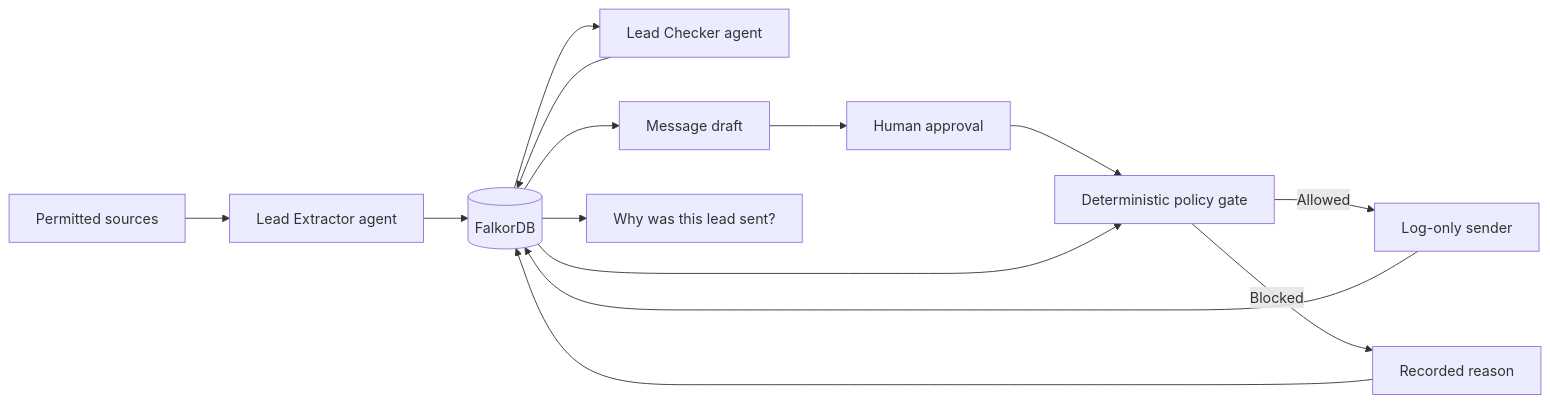
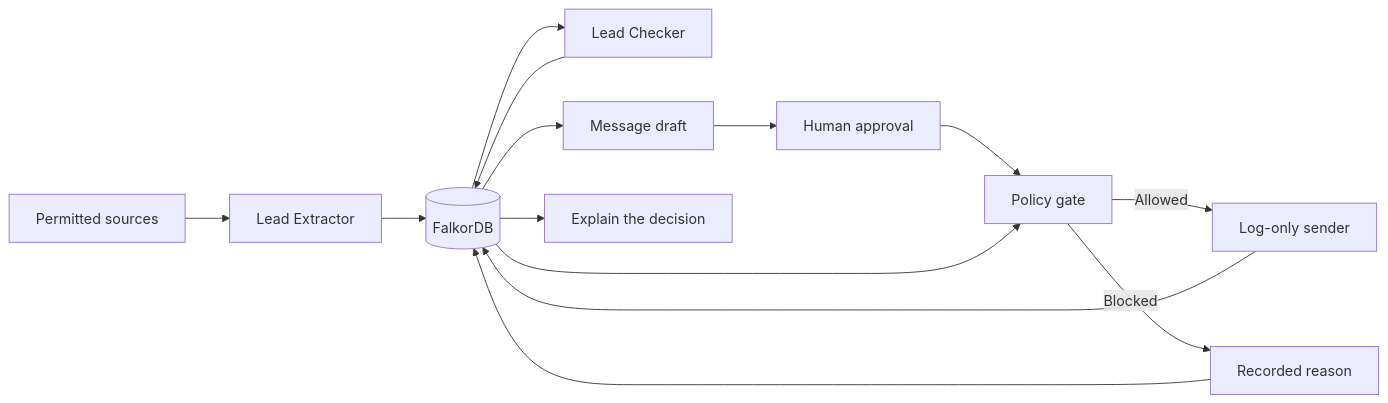
The diagram in README.md (rexyrocks/leadledger), drawn with Mermaid before and after one commit. The commit also changed other lines of this file, not shown here.

````diff
--- a/README.md
+++ b/README.md
@@ -13,16 +28,16 @@
 ```mermaid
 flowchart LR
-    Sources[Permitted sources] --> Extractor[Lead Extractor agent]
+    Sources[Permitted sources] --> Extractor[Lead Extractor]
     Extractor --> Graph[(FalkorDB)]
-    Graph --> Checker[Lead Checker agent]
+    Graph --> Checker[Lead Checker]
     Checker --> Graph
     Graph --> Draft[Message draft]
-    Draft --> Human[Human approval]
-    Human --> Gate[Deterministic policy gate]
+    Draft --> Approval[Human approval]
+    Approval --> Gate[Policy gate]
     Graph --> Gate
     Gate -->|Allowed| Sender[Log-only sender]
     Gate -->|Blocked| History[Recorded reason]
     Sender --> Graph
     History --> Graph
-    Graph --> Why[Why was this lead sent?]
+    Graph --> Why[Explain the decision]
 ```
````
